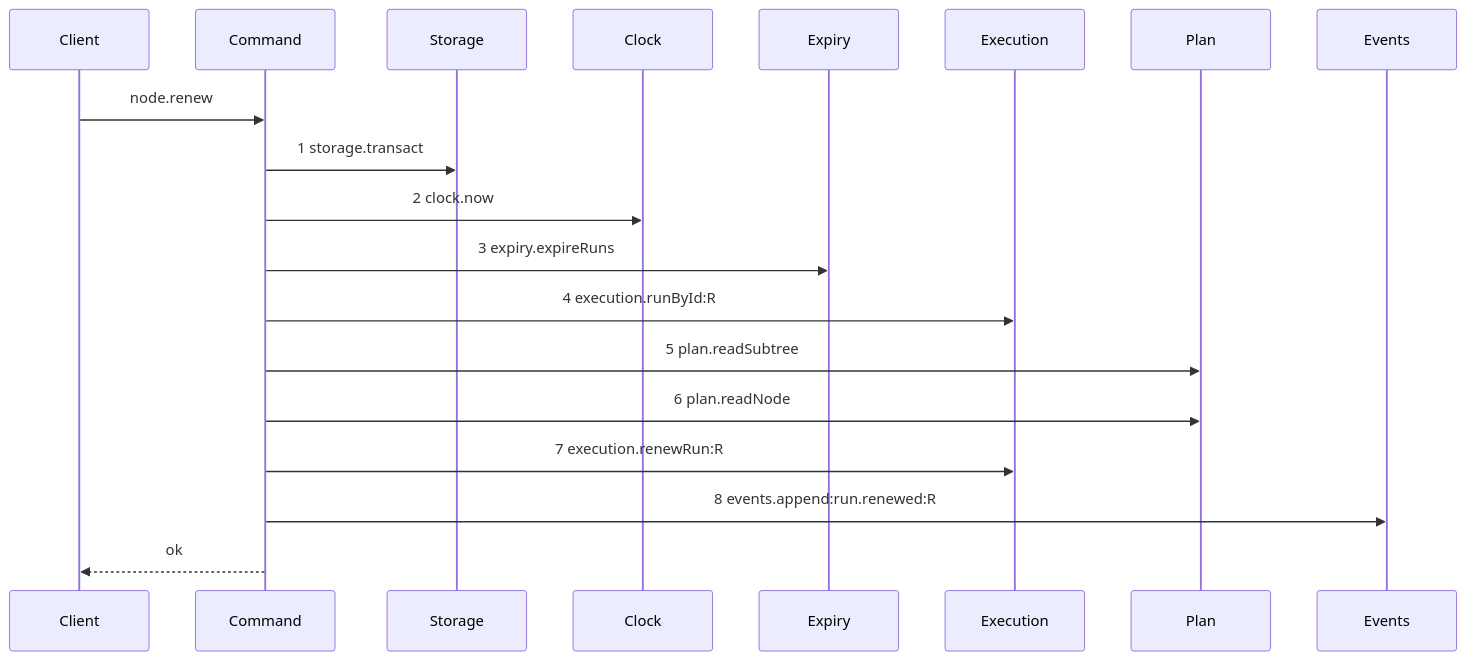
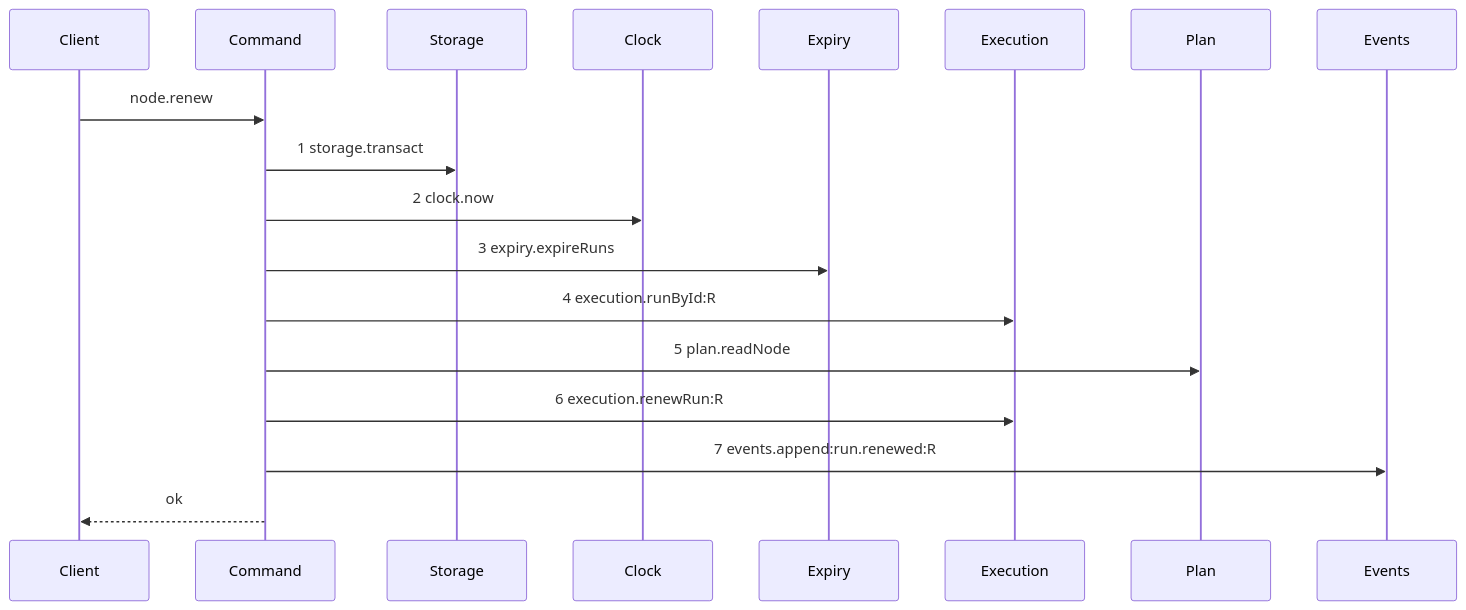
The diagram in .agents/plan/stories/050.4-the-node-lease-removal/04-the-renew-drops-the-lease.md (kanthorlabs/kanthord-engine), drawn with Mermaid before and after one commit. The commit also changed other lines of this file and 150 other files, not shown here.

````diff
--- a/.agents/plan/stories/050.4-the-node-lease-removal/04-the-renew-drops-the-lease.md
+++ b/.agents/plan/stories/050.4-the-node-lease-removal/04-the-renew-drops-the-lease.md
@@ -25,21 +25,20 @@
 ```mermaid
 sequenceDiagram
     participant Client
     participant Command
     participant Storage
     participant Clock
     participant Expiry
     participant Execution
     participant Plan
     participant Events
     Client->>Command: node.renew
     Command->>Storage: 1 storage.transact
     Command->>Clock: 2 clock.now
     Command->>Expiry: 3 expiry.expireRuns
     Command->>Execution: 4 execution.runById:R
-    Command->>Plan: 5 plan.readSubtree
-    Command->>Plan: 6 plan.readNode
-    Command->>Execution: 7 execution.renewRun:R
-    Command->>Events: 8 events.append:run.renewed:R
+    Command->>Plan: 5 plan.readNode
+    Command->>Execution: 6 execution.renewRun:R
+    Command->>Events: 7 events.append:run.renewed:R
     Command-->>Client: ok
 ```
````
